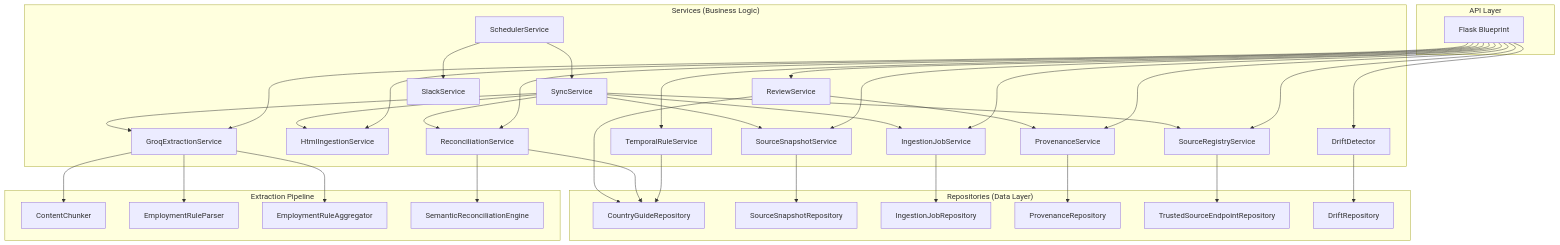
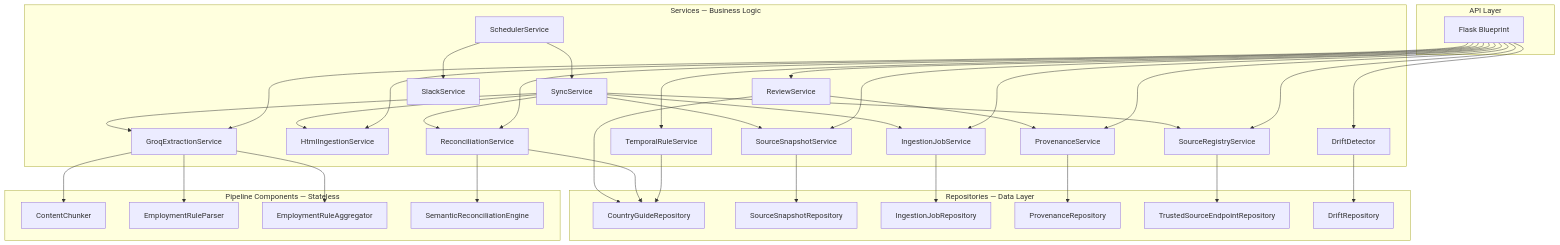
Before and after one commit to guptashivansh/country-guide-reconciliation: the diagram in docs/architecture/services.md, drawn with Mermaid. The commit also changed other lines of this file and 12 other files, not shown here.

````diff
--- a/docs/architecture/services.md
+++ b/docs/architecture/services.md
@@ -7,70 +11,70 @@
 ```mermaid
 graph TD
-    subgraph "Repositories (Data Layer)"
+    subgraph "Repositories — Data Layer"
         CGR[CountryGuideRepository]
         SSR[SourceSnapshotRepository]
         IJR[IngestionJobRepository]
         PR[ProvenanceRepository]
         SER[TrustedSourceEndpointRepository]
         DR[DriftRepository]
     end
 
-    subgraph "Services (Business Logic)"
+    subgraph "Services — Business Logic"
         RS[ReviewService]
         SRS[SourceRegistryService]
         IS[HtmlIngestionService]
         SSS[SourceSnapshotService]
         IJS[IngestionJobService]
         ES[GroqExtractionService]
         RCS[ReconciliationService]
         PS[ProvenanceService]
         TRS[TemporalRuleService]
         DD[DriftDetector]
         SS[SyncService]
         SCHED[SchedulerService]
         SLACK[SlackService]
     end
 
-    subgraph "Extraction Pipeline"
+    subgraph "Pipeline Components — Stateless"
         CC[ContentChunker]
         ERP[EmploymentRuleParser]
         ERA[EmploymentRuleAggregator]
         SRE[SemanticReconciliationEngine]
     end
 
     subgraph "API Layer"
         ROUTES[Flask Blueprint]
     end
 
     RS --> CGR
     RS --> PS
     SRS --> SER
     SSS --> SSR
     IJS --> IJR
     ES --> CC
     ES --> ERP
     ES --> ERA
     RCS --> CGR
     RCS --> SRE
     PS --> PR
     TRS --> CGR
     DD --> DR
     SS --> IS
     SS --> SSS
     SS --> IJS
     SS --> ES
     SS --> RCS
     SS --> SRS
     SCHED --> SS
     SCHED --> SLACK
     ROUTES --> RS
     ROUTES --> SRS
     ROUTES --> IS
     ROUTES --> SSS
     ROUTES --> IJS
     ROUTES --> ES
     ROUTES --> RCS
     ROUTES --> PS
     ROUTES --> TRS
     ROUTES --> DD
 ```
````
